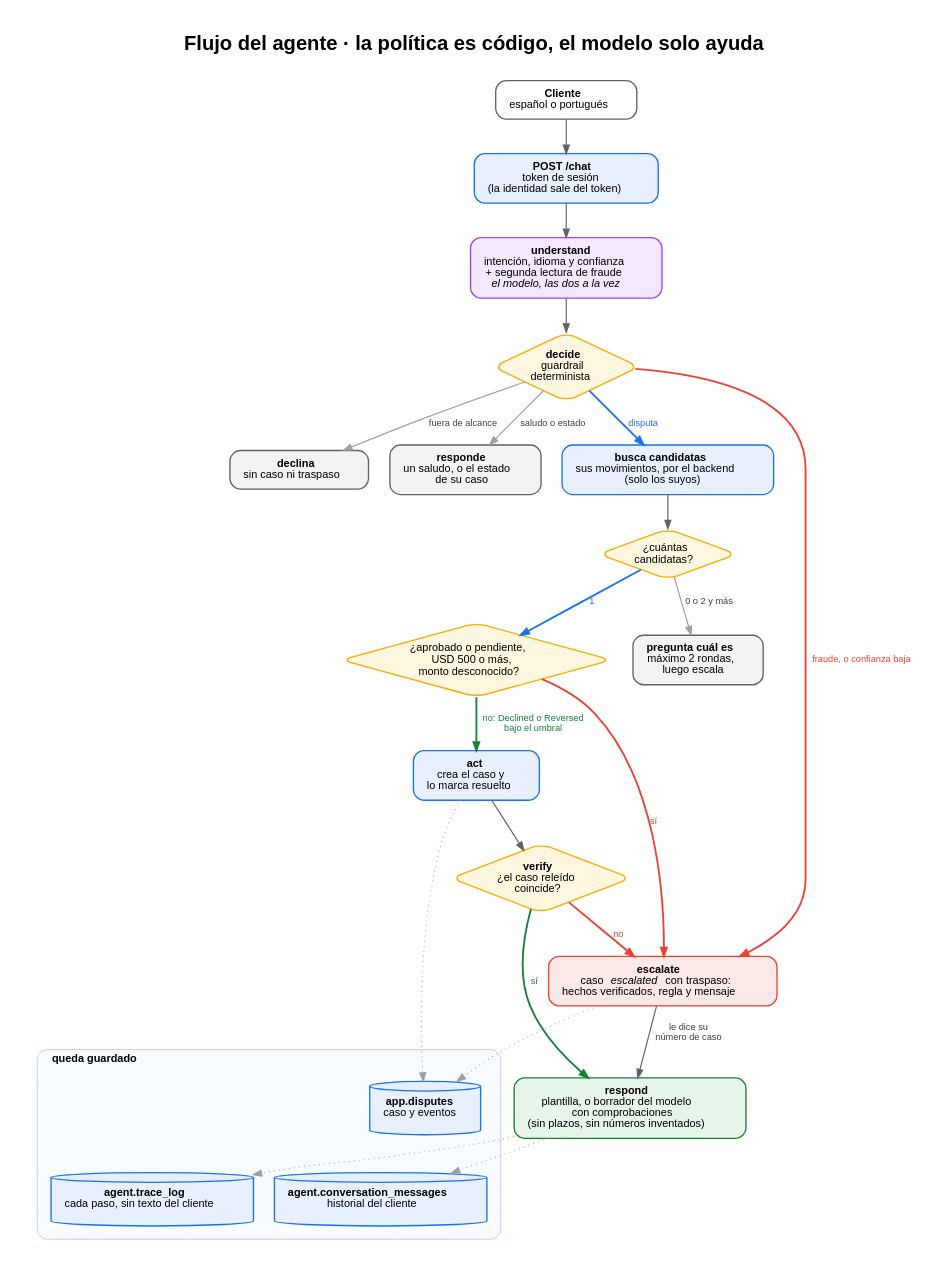
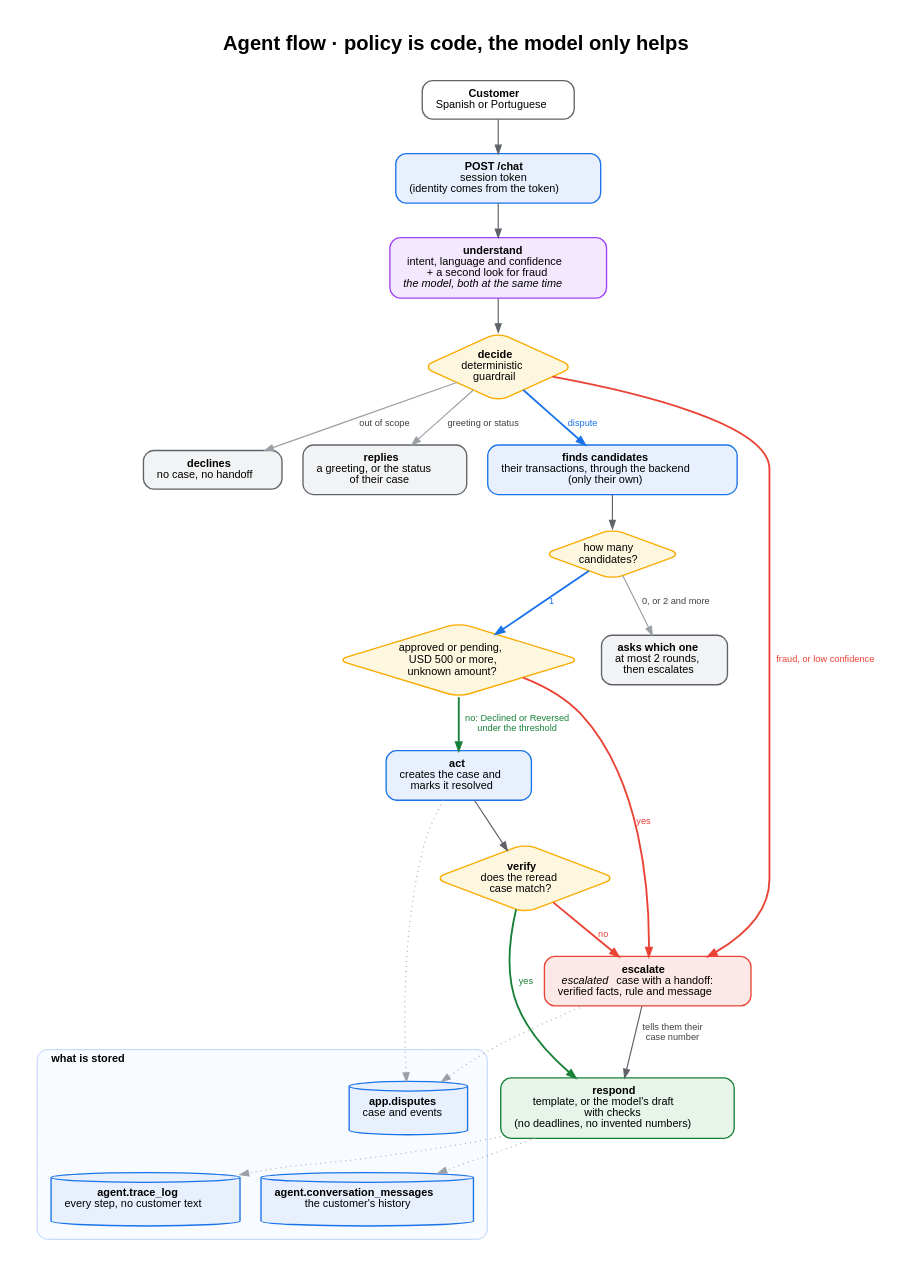
One commit to diego-rejalas/factored-hackathon-2026-bitcoders changed the diagram in docs/diagrams/agent-flow.dot. Above: the diagram before and after it, drawn with Graphviz. The commit also changed 31 other files, not shown here.

```diff
--- a/docs/diagrams/agent-flow.dot
+++ b/docs/diagrams/agent-flow.dot
@@ -1,50 +1,50 @@
-// Flujo del agente. Render: dot -Tpng -Gdpi=140 agent-flow.dot -o agent-flow.png  (y -Tsvg)
+// Agent flow. Render: dot -Tpng -Gdpi=130 agent-flow.dot -o agent-flow.png  (and -Tsvg)
 digraph agent {
   rankdir=TB; splines=true; nodesep=0.35; ranksep=0.55; pad=0.4; newrank=true;
   fontname="Helvetica-Bold"; fontsize=24; labelloc=t;
-  label="Flujo del agente · la política es código, el modelo solo ayuda\n ";
+  label="Agent flow · policy is code, the model only helps\n ";
   node [fontname="Helvetica" fontsize=13 shape=box style="rounded,filled" fillcolor="#E8F0FE" color="#1A73E8" penwidth=1.6 margin="0.22,0.14"];
   edge [fontname="Helvetica" fontsize=11 color="#5F6368" fontcolor="#3C4043" penwidth=1.4];
 
-  cliente [label=<<B>Cliente</B><BR/>español o portugués> fillcolor="#FFFFFF" color="#5F6368"];
-  chat [label=<<B>POST /chat</B><BR/>token de sesión<BR/>(la identidad sale del token)>];
-  understand [label=<<B>understand</B><BR/>intención, idioma y confianza<BR/>+ segunda lectura de fraude<BR/><I>el modelo, las dos a la vez</I>> fillcolor="#F3E8FD" color="#A142F4"];
-  decide [label=<<B>decide</B><BR/>guardrail<BR/>determinista> shape=diamond fillcolor="#FEF7E0" color="#F9AB00" margin="0.02,0.02"];
+  cliente [label=<<B>Customer</B><BR/>Spanish or Portuguese> fillcolor="#FFFFFF" color="#5F6368"];
+  chat [label=<<B>POST /chat</B><BR/>session token<BR/>(identity comes from the token)>];
+  understand [label=<<B>understand</B><BR/>intent, language and confidence<BR/>+ a second look for fraud<BR/><I>the model, both at the same time</I>> fillcolor="#F3E8FD" color="#A142F4"];
+  decide [label=<<B>decide</B><BR/>deterministic<BR/>guardrail> shape=diamond fillcolor="#FEF7E0" color="#F9AB00" margin="0.02,0.02"];
 
-  declined [label=<<B>declina</B><BR/>sin caso ni traspaso> fillcolor="#F1F3F4" color="#5F6368"];
-  greet [label=<<B>responde</B><BR/>un saludo, o el estado<BR/>de su caso> fillcolor="#F1F3F4" color="#5F6368"];
-  cands [label=<<B>busca candidatas</B><BR/>sus movimientos, por el backend<BR/>(solo los suyos)>];
-  count [label=<¿cuántas<BR/>candidatas?> shape=diamond fillcolor="#FEF7E0" color="#F9AB00" margin="0.02,0.02"];
-  clarify [label=<<B>pregunta cuál es</B><BR/>máximo 2 rondas,<BR/>luego escala> fillcolor="#F1F3F4" color="#5F6368"];
-  policy [label=<¿aprobado o pendiente,<BR/>USD 500 o más,<BR/>monto desconocido?> shape=diamond fillcolor="#FEF7E0" color="#F9AB00" margin="0.02,0.02"];
-  act [label=<<B>act</B><BR/>crea el caso y<BR/>lo marca resuelto>];
-  verify [label=<<B>verify</B><BR/>¿el caso releído<BR/>coincide?> shape=diamond fillcolor="#FEF7E0" color="#F9AB00" margin="0.02,0.02"];
-  escalate [label=<<B>escalate</B><BR/>caso <I>escalated</I> con traspaso:<BR/>hechos verificados, regla y mensaje> fillcolor="#FCE8E6" color="#EA4335"];
-  respond [label=<<B>respond</B><BR/>plantilla, o borrador del modelo<BR/>con comprobaciones<BR/>(sin plazos, sin números inventados)> fillcolor="#E6F4EA" color="#188038"];
+  declined [label=<<B>declines</B><BR/>no case, no handoff> fillcolor="#F1F3F4" color="#5F6368"];
+  greet [label=<<B>replies</B><BR/>a greeting, or the status<BR/>of their case> fillcolor="#F1F3F4" color="#5F6368"];
+  cands [label=<<B>finds candidates</B><BR/>their transactions, through the backend<BR/>(only their own)>];
+  count [label=<how many<BR/>candidates?> shape=diamond fillcolor="#FEF7E0" color="#F9AB00" margin="0.02,0.02"];
+  clarify [label=<<B>asks which one</B><BR/>at most 2 rounds,<BR/>then escalates> fillcolor="#F1F3F4" color="#5F6368"];
+  policy [label=<approved or pending,<BR/>USD 500 or more,<BR/>unknown amount?> shape=diamond fillcolor="#FEF7E0" color="#F9AB00" margin="0.02,0.02"];
+  act [label=<<B>act</B><BR/>creates the case and<BR/>marks it resolved>];
+  verify [label=<<B>verify</B><BR/>does the reread<BR/>case match?> shape=diamond fillcolor="#FEF7E0" color="#F9AB00" margin="0.02,0.02"];
+  escalate [label=<<B>escalate</B><BR/><I>escalated</I> case with a handoff:<BR/>verified facts, rule and message> fillcolor="#FCE8E6" color="#EA4335"];
+  respond [label=<<B>respond</B><BR/>template, or the model's draft<BR/>with checks<BR/>(no deadlines, no invented numbers)> fillcolor="#E6F4EA" color="#188038"];
 
   subgraph cluster_store {
-    label="queda guardado"; labeljust=l; fontname="Helvetica-Bold"; fontsize=13; style="rounded,filled"; fillcolor="#F8FBFF"; color="#AECBFA"; margin=16;
-    cases_db [label=<<B>app.disputes</B><BR/>caso y eventos> shape=cylinder fillcolor="#E8F0FE"];
-    history [label=<<B>agent.conversation_messages</B><BR/>historial del cliente> shape=cylinder fillcolor="#E8F0FE"];
-    trace [label=<<B>agent.trace_log</B><BR/>cada paso, sin texto del cliente> shape=cylinder fillcolor="#E8F0FE"];
+    label="what is stored"; labeljust=l; fontname="Helvetica-Bold"; fontsize=13; style="rounded,filled"; fillcolor="#F8FBFF"; color="#AECBFA"; margin=16;
+    cases_db [label=<<B>app.disputes</B><BR/>case and events> shape=cylinder fillcolor="#E8F0FE"];
+    history [label=<<B>agent.conversation_messages</B><BR/>the customer's history> shape=cylinder fillcolor="#E8F0FE"];
+    trace [label=<<B>agent.trace_log</B><BR/>every step, no customer text> shape=cylinder fillcolor="#E8F0FE"];
   }
 
   cliente -> chat -> understand -> decide;
-  decide -> declined [label="fuera de alcance" color="#9AA0A6"];
-  decide -> greet [label="saludo o estado" color="#9AA0A6"];
-  decide -> escalate [label="fraude, o confianza baja" color="#EA4335" fontcolor="#EA4335" penwidth=2.2];
-  decide -> cands [label="disputa" color="#1A73E8" fontcolor="#1A73E8" penwidth=2.2];
+  decide -> declined [label="out of scope" color="#9AA0A6"];
+  decide -> greet [label="greeting or status" color="#9AA0A6"];
+  decide -> escalate [label="fraud, or low confidence" color="#EA4335" fontcolor="#EA4335" penwidth=2.2];
+  decide -> cands [label="dispute" color="#1A73E8" fontcolor="#1A73E8" penwidth=2.2];
   cands -> count;
-  count -> clarify [label="0 o 2 y más" color="#9AA0A6"];
+  count -> clarify [label="0, or 2 and more" color="#9AA0A6"];
   count -> policy [label="1" color="#1A73E8" fontcolor="#1A73E8" penwidth=2.2];
-  policy -> escalate [label="sí" color="#EA4335" fontcolor="#EA4335" penwidth=2.2];
-  policy -> act [label="no: Declined o Reversed\nbajo el umbral" color="#188038" fontcolor="#188038" penwidth=2.2];
+  policy -> escalate [label="yes" color="#EA4335" fontcolor="#EA4335" penwidth=2.2];
+  policy -> act [label="no: Declined or Reversed\nunder the threshold" color="#188038" fontcolor="#188038" penwidth=2.2];
   act -> verify;
-  verify -> respond [label="sí" color="#188038" fontcolor="#188038" penwidth=2.2];
+  verify -> respond [label="yes" color="#188038" fontcolor="#188038" penwidth=2.2];
   verify -> escalate [label="no" color="#EA4335" fontcolor="#EA4335" penwidth=2.2];
-  escalate -> respond [label="le dice su\nnúmero de caso"];
+  escalate -> respond [label="tells them their\ncase number"];
   act -> cases_db [style=dotted color="#9AA0A6"];
   escalate -> cases_db [style=dotted color="#9AA0A6"];
   respond -> history [style=dotted color="#9AA0A6"];
   respond -> trace [style=dotted color="#9AA0A6"];
 }
```
